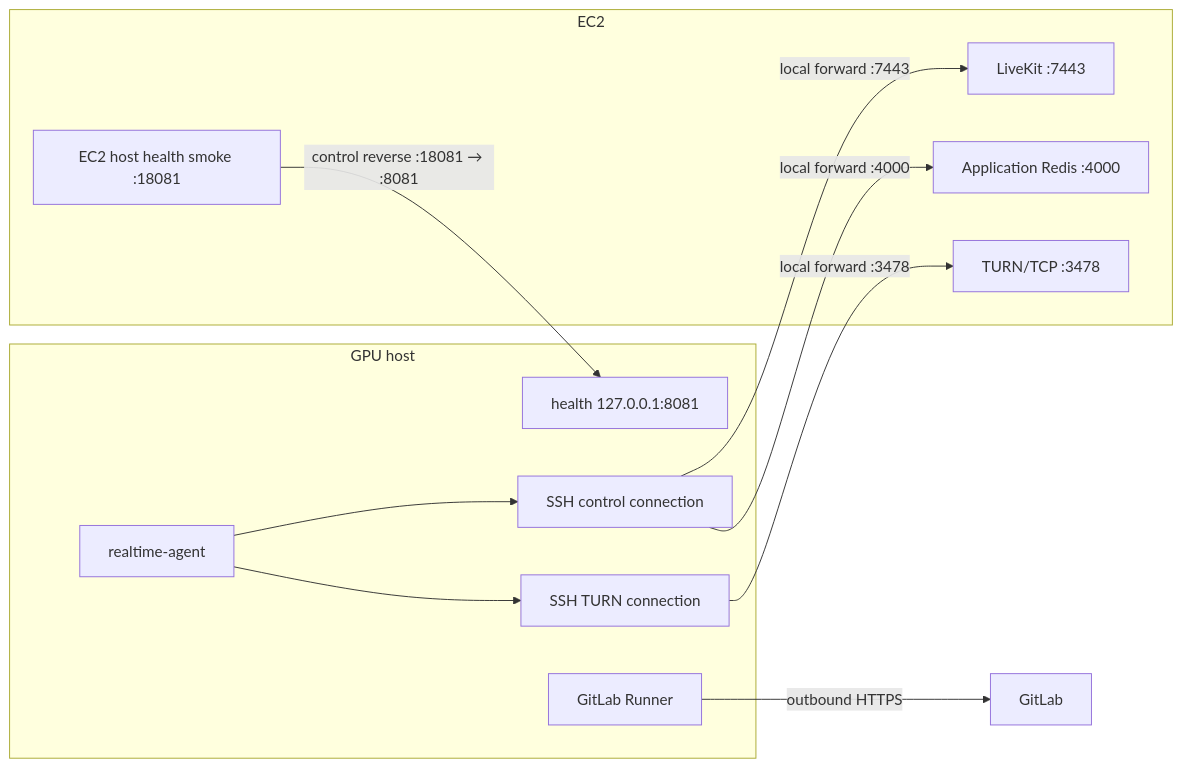
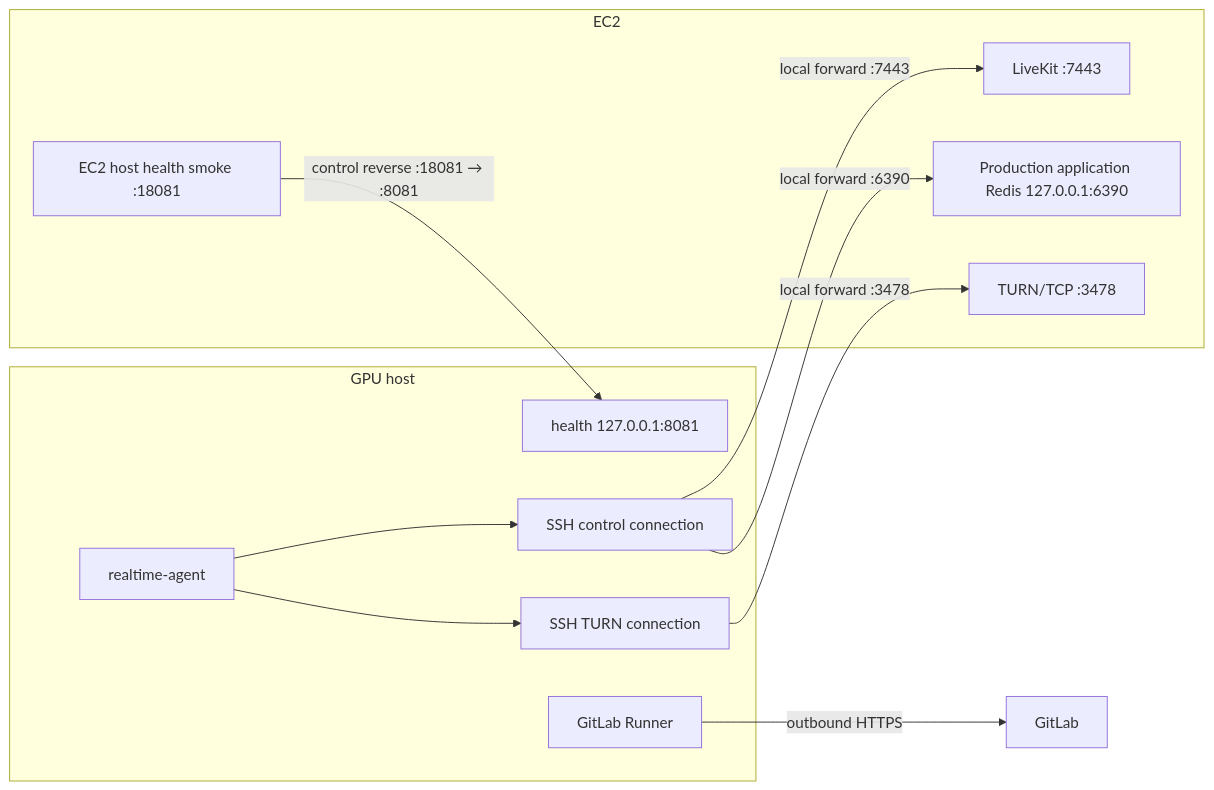
One commit to thdwjdrl401/jiphyeonjeon changed the diagram in ai/realtime-agent/deploy/README.md. Above: the diagram before and after it, drawn with Mermaid. The commit also changed other lines of this file and 7 other files, not shown here.

````diff
--- a/ai/realtime-agent/deploy/README.md
+++ b/ai/realtime-agent/deploy/README.md
@@ -115,23 +115,23 @@
 ```mermaid
 flowchart LR
     subgraph GPU[GPU host]
         A[realtime-agent]
         H[health 127.0.0.1:8081]
         C[SSH control connection]
         M[SSH TURN connection]
         R[GitLab Runner]
     end
     subgraph EC2[EC2]
         L[LiveKit :7443]
-        D[Application Redis :4000]
+        D[Production application Redis 127.0.0.1:6390]
         T[TURN/TCP :3478]
         E[EC2 host health smoke :18081]
     end
     A --> C
     A --> M
     C -->|local forward :7443| L
-    C -->|local forward :4000| D
+    C -->|local forward :6390| D
     M -->|local forward :3478| T
     E -->|control reverse :18081 → :8081| H
     R -->|outbound HTTPS| G[GitLab]
 ```
````
